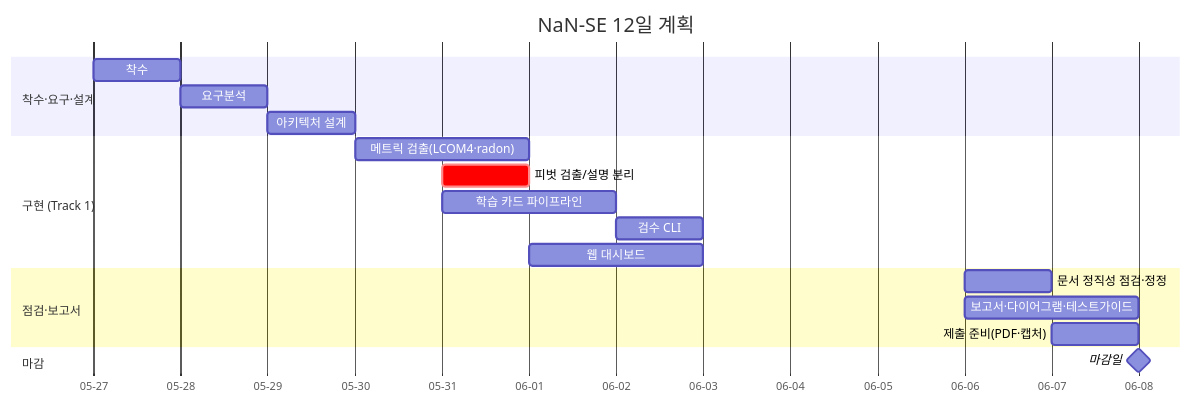
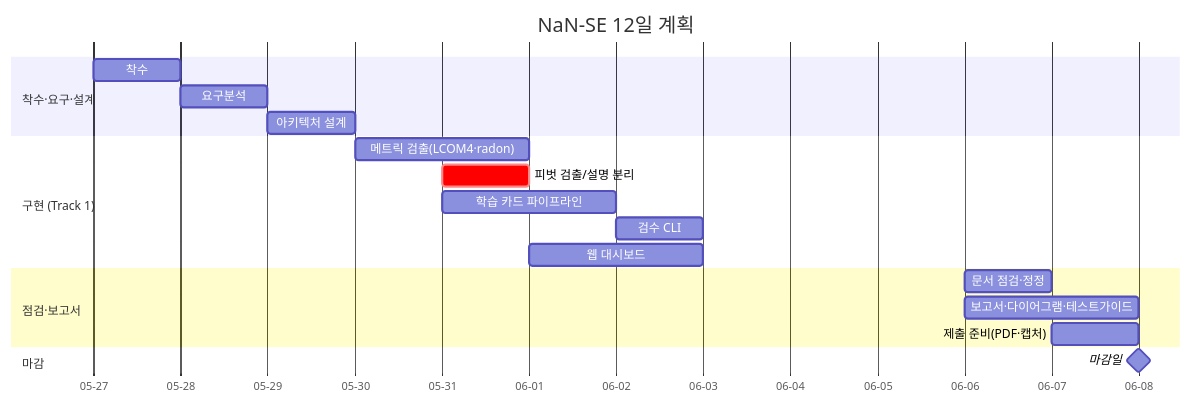
Before and after one commit to YujunOh/NaN-SE: the diagram in docs/WBS.md, drawn with Mermaid. The commit also changed 4 other files, not shown here.

````diff
--- a/docs/WBS.md
+++ b/docs/WBS.md
@@ -39,22 +39,22 @@
 ```mermaid
 gantt
     title NaN-SE 12일 계획
     dateFormat YYYY-MM-DD
     axisFormat %m-%d
     section 착수·요구·설계
     착수                :2026-05-27, 1d
     요구분석             :2026-05-28, 1d
     아키텍처 설계         :2026-05-29, 1d
     section 구현 (Track 1)
     메트릭 검출(LCOM4·radon) :2026-05-30, 2d
     피벗 검출/설명 분리      :crit, 2026-05-31, 1d
     학습 카드 파이프라인      :2026-05-31, 2d
     검수 CLI               :2026-06-02, 1d
     웹 대시보드             :2026-06-01, 2d
     section 점검·보고서
-    문서 정직성 점검·정정     :2026-06-06, 1d
+    문서 점검·정정     :2026-06-06, 1d
     보고서·다이어그램·테스트가이드 :2026-06-06, 2d
     제출 준비(PDF·캡처)      :2026-06-07, 1d
     section 마감
     마감일                 :milestone, 2026-06-08, 0d
 ```
````
